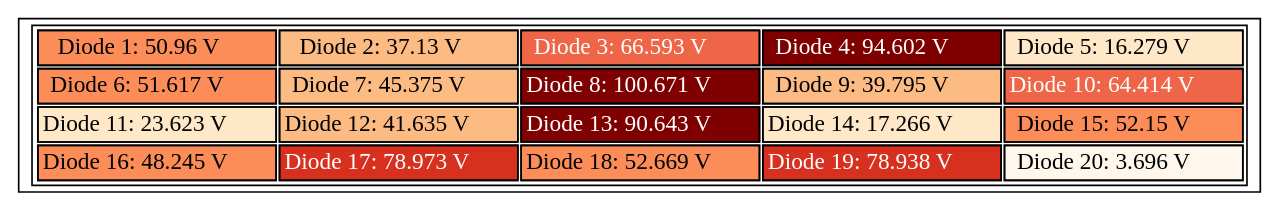
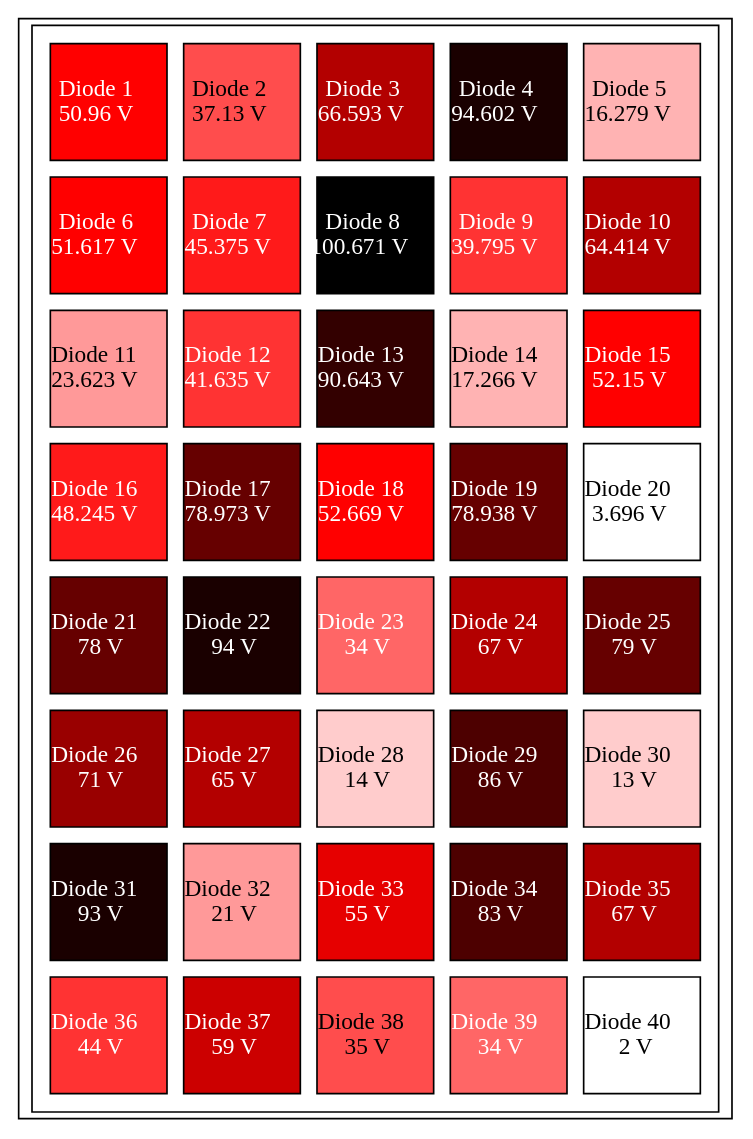
Before and after one commit to Karan-Takh/Diode-Dosimetry-Array: the diagram in array_table.gv, drawn with Graphviz. The commit also changed 2 other files, not shown here.

```diff
--- a/array_table.gv
+++ b/array_table.gv
@@ -1,33 +1,101 @@
 graph array_table {
 	node [shape=rectangle]
-	"Diode Array" [label=<<TABLE>
+	"Diode Array" [label=<<TABLE cellspacing="10">
     <TR>
-        <TD bgcolor="5"><FONT COLOR="black">Diode 1: 50.96 V</FONT></TD>
-        <TD bgcolor="4"><FONT COLOR="black">Diode 2: 37.13 V</FONT></TD>
-        <TD bgcolor="6"><FONT COLOR="white">Diode 3: 66.593 V</FONT></TD>
-        <TD bgcolor="9"><FONT COLOR="white">Diode 4: 94.602 V</FONT></TD>
-        <TD bgcolor="2"><FONT COLOR="black">Diode 5: 16.279 V</FONT></TD>
+        <TD bgcolor="#ff0000" fixedsize="true" width="70"
+        height="70"><FONT COLOR="white">Diode 1 <BR align="center" /> 50.96 V</FONT></TD>
+        <TD bgcolor="#ff4d4d" fixedsize="true" width="70"
+        height="70"><FONT COLOR="black">Diode 2 <BR align="center" /> 37.13 V</FONT></TD>
+        <TD bgcolor="#b30000" fixedsize="true" width="70"
+        height="70"><FONT COLOR="white">Diode 3 <BR align="center" /> 66.593 V</FONT></TD>
+        <TD bgcolor="#1a0000" fixedsize="true" width="70"
+        height="70"><FONT COLOR="white">Diode 4 <BR align="center" /> 94.602 V</FONT></TD>
+        <TD bgcolor="#ffb3b3" fixedsize="true" width="70"
+        height="70"><FONT COLOR="black">Diode 5 <BR align="center" /> 16.279 V</FONT></TD>
     </TR>
     <TR>
-        <TD bgcolor="5"><FONT COLOR="black">Diode 6: 51.617 V</FONT></TD>
-        <TD bgcolor="4"><FONT COLOR="black">Diode 7: 45.375 V</FONT></TD>
-        <TD bgcolor="9"><FONT COLOR="white">Diode 8: 100.671 V</FONT></TD>
-        <TD bgcolor="4"><FONT COLOR="black">Diode 9: 39.795 V</FONT></TD>
-        <TD bgcolor="6"><FONT COLOR="white">Diode 10: 64.414 V</FONT></TD>
+        <TD bgcolor="#ff0000" fixedsize="true" width="70"
+        height="70"><FONT COLOR="white">Diode 6 <BR align="center" /> 51.617 V</FONT></TD>
+        <TD bgcolor="#ff1a1a" fixedsize="true" width="70"
+        height="70"><FONT COLOR="white">Diode 7 <BR align="center" /> 45.375 V</FONT></TD>
+        <TD bgcolor="#000000" fixedsize="true" width="70"
+        height="70"><FONT COLOR="white">Diode 8 <BR align="center" /> 100.671 V</FONT></TD>
+        <TD bgcolor="#ff3333" fixedsize="true" width="70"
+        height="70"><FONT COLOR="white">Diode 9 <BR align="center" /> 39.795 V</FONT></TD>
+        <TD bgcolor="#b30000" fixedsize="true" width="70"
+        height="70"><FONT COLOR="white">Diode 10 <BR align="center" /> 64.414 V</FONT></TD>
     </TR>
     <TR>
-        <TD bgcolor="2"><FONT COLOR="black">Diode 11: 23.623 V</FONT></TD>
-        <TD bgcolor="4"><FONT COLOR="black">Diode 12: 41.635 V</FONT></TD>
-        <TD bgcolor="9"><FONT COLOR="white">Diode 13: 90.643 V</FONT></TD>
-        <TD bgcolor="2"><FONT COLOR="black">Diode 14: 17.266 V</FONT></TD>
-        <TD bgcolor="5"><FONT COLOR="black">Diode 15: 52.15 V</FONT></TD>
+        <TD bgcolor="#ff9999" fixedsize="true" width="70"
+        height="70"><FONT COLOR="black">Diode 11 <BR align="center" /> 23.623 V</FONT></TD>
+        <TD bgcolor="#ff3333" fixedsize="true" width="70"
+        height="70"><FONT COLOR="white">Diode 12 <BR align="center" /> 41.635 V</FONT></TD>
+        <TD bgcolor="#330000" fixedsize="true" width="70"
+        height="70"><FONT COLOR="white">Diode 13 <BR align="center" /> 90.643 V</FONT></TD>
+        <TD bgcolor="#ffb3b3" fixedsize="true" width="70"
+        height="70"><FONT COLOR="black">Diode 14 <BR align="center" /> 17.266 V</FONT></TD>
+        <TD bgcolor="#ff0000" fixedsize="true" width="70"
+        height="70"><FONT COLOR="white">Diode 15 <BR align="center" /> 52.15 V</FONT></TD>
     </TR>
     <TR>
-        <TD bgcolor="5"><FONT COLOR="black">Diode 16: 48.245 V</FONT></TD>
-        <TD bgcolor="7"><FONT COLOR="white">Diode 17: 78.973 V</FONT></TD>
-        <TD bgcolor="5"><FONT COLOR="black">Diode 18: 52.669 V</FONT></TD>
-        <TD bgcolor="7"><FONT COLOR="white">Diode 19: 78.938 V</FONT></TD>
-        <TD bgcolor="1"><FONT COLOR="black">Diode 20: 3.696 V</FONT></TD>
+        <TD bgcolor="#ff1a1a" fixedsize="true" width="70"
+        height="70"><FONT COLOR="white">Diode 16 <BR align="center" /> 48.245 V</FONT></TD>
+        <TD bgcolor="#660000" fixedsize="true" width="70"
+        height="70"><FONT COLOR="white">Diode 17 <BR align="center" /> 78.973 V</FONT></TD>
+        <TD bgcolor="#ff0000" fixedsize="true" width="70"
+        height="70"><FONT COLOR="white">Diode 18 <BR align="center" /> 52.669 V</FONT></TD>
+        <TD bgcolor="#660000" fixedsize="true" width="70"
+        height="70"><FONT COLOR="white">Diode 19 <BR align="center" /> 78.938 V</FONT></TD>
+        <TD bgcolor="#ffffff" fixedsize="true" width="70"
+        height="70"><FONT COLOR="black">Diode 20 <BR align="center" /> 3.696 V</FONT></TD>
     </TR>
-</TABLE>> colorscheme=orrd9]
+    <TR>
+        <TD bgcolor="#660000" fixedsize="true" width="70"
+        height="70"><FONT COLOR="white">Diode 21 <BR align="center" /> 78 V</FONT></TD>
+        <TD bgcolor="#1a0000" fixedsize="true" width="70"
+        height="70"><FONT COLOR="white">Diode 22 <BR align="center" /> 94 V</FONT></TD>
+        <TD bgcolor="#ff6666" fixedsize="true" width="70"
+        height="70"><FONT COLOR="white">Diode 23 <BR align="center" /> 34 V</FONT></TD>
+        <TD bgcolor="#b30000" fixedsize="true" width="70"
+        height="70"><FONT COLOR="white">Diode 24 <BR align="center" /> 67 V</FONT></TD>
+        <TD bgcolor="#660000" fixedsize="true" width="70"
+        height="70"><FONT COLOR="white">Diode 25 <BR align="center" /> 79 V</FONT></TD>
+    </TR>    
+    <TR>
+        <TD bgcolor="#990000" fixedsize="true" width="70"
+        height="70"><FONT COLOR="white">Diode 26 <BR align="center" /> 71 V</FONT></TD>
+        <TD bgcolor="#b30000" fixedsize="true" width="70"
+        height="70"><FONT COLOR="white">Diode 27 <BR align="center" /> 65 V</FONT></TD>
+        <TD bgcolor="#ffcccc" fixedsize="true" width="70"
+        height="70"><FONT COLOR="black">Diode 28 <BR align="center" /> 14 V</FONT></TD>
+        <TD bgcolor="#4d0000" fixedsize="true" width="70"
+        height="70"><FONT COLOR="white">Diode 29 <BR align="center" /> 86 V</FONT></TD>
+        <TD bgcolor="#ffcccc" fixedsize="true" width="70"
+        height="70"><FONT COLOR="black">Diode 30 <BR align="center" /> 13 V</FONT></TD>
+    </TR>    
+    <TR>
+        <TD bgcolor="#1a0000" fixedsize="true" width="70"
+        height="70"><FONT COLOR="white">Diode 31 <BR align="center" /> 93 V</FONT></TD>
+        <TD bgcolor="#ff9999" fixedsize="true" width="70"
+        height="70"><FONT COLOR="black">Diode 32 <BR align="center" /> 21 V</FONT></TD>
+        <TD bgcolor="#e60000" fixedsize="true" width="70"
+        height="70"><FONT COLOR="white">Diode 33 <BR align="center" /> 55 V</FONT></TD>
+        <TD bgcolor="#4d0000" fixedsize="true" width="70" 
+        height="70"><FONT COLOR="white">Diode 34 <BR align="center" /> 83 V</FONT></TD>
+        <TD bgcolor="#b30000" fixedsize="true" width="70"
+        height="70"><FONT COLOR="white">Diode 35 <BR align="center" /> 67 V</FONT></TD>
+    </TR>   
+    <TR>
+        <TD bgcolor="#ff3333" fixedsize="true" width="70"
+        height="70"><FONT COLOR="white">Diode 36 <BR align="center" /> 44 V</FONT></TD>
+        <TD bgcolor="#cc0000" fixedsize="true" width="70"
+        height="70"><FONT COLOR="white">Diode 37 <BR align="center" /> 59 V</FONT></TD>
+        <TD bgcolor="#ff4d4d" fixedsize="true" width="70"
+        height="70"><FONT COLOR="black">Diode 38 <BR align="center" /> 35 V</FONT></TD>
+        <TD bgcolor="#ff6666" fixedsize="true" width="70"
+        height="70"><FONT COLOR="white">Diode 39 <BR align="center" /> 34 V</FONT></TD>
+        <TD bgcolor="#ffffff" fixedsize="true" width="70"
+        height="70"><FONT COLOR="black">Diode 40 <BR align="center" /> 2 V</FONT></TD>
+    </TR> 
+</TABLE>>]
 }
```
